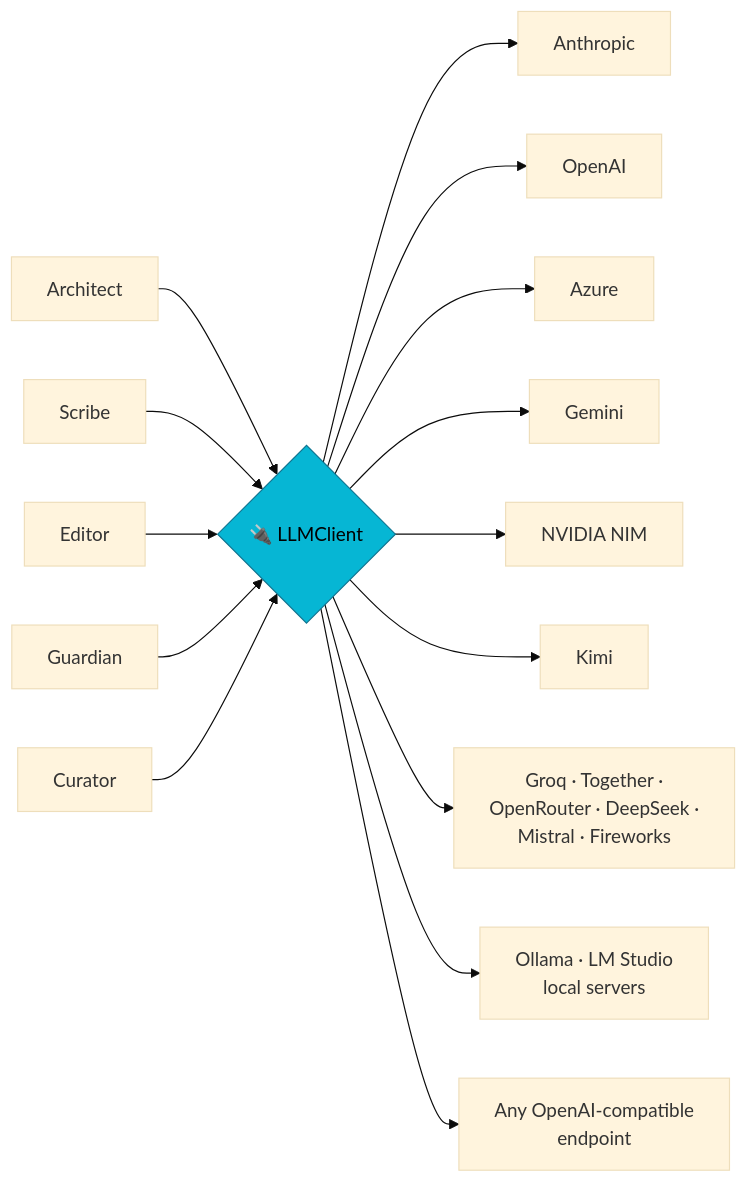
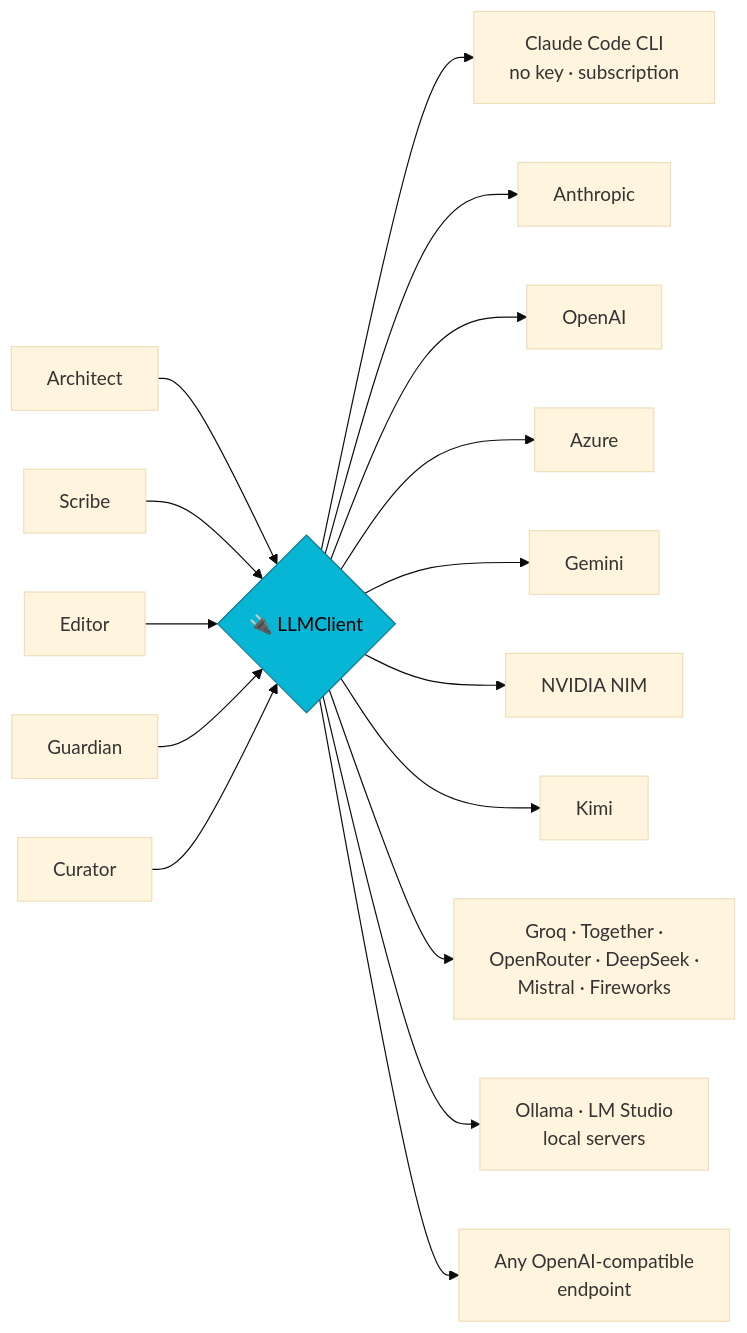
Before and after one commit to mrigankad/Novel-OS: the fourth of 4 diagrams in README.md, drawn with Mermaid (base theme). The commit also changed other lines of this file and 7 other files, not shown here.

First line of the commit message:
feat: add key-free Claude Code CLI backend and setup wizard

````diff
--- a/README.md
+++ b/README.md
@@ -209,15 +210,16 @@
 ```mermaid
 graph LR
     A[Architect] & B[Scribe] & E[Editor] & G[Guardian] & S[Curator] --> LC{🔌 LLMClient}
+    LC --> P0[Claude Code CLI<br/>no key · subscription]
     LC --> P1[Anthropic]
     LC --> P2[OpenAI]
     LC --> P3[Azure]
     LC --> P4[Gemini]
     LC --> P5[NVIDIA NIM]
     LC --> P6[Kimi]
     LC --> P7[Groq · Together ·<br/>OpenRouter · DeepSeek ·<br/>Mistral · Fireworks]
     LC --> P8[Ollama · LM Studio<br/>local servers]
     LC --> P9[Any OpenAI-compatible<br/>endpoint]
 
     style LC fill:#06b6d4,stroke:#0e7490,color:#000
 ```
````
